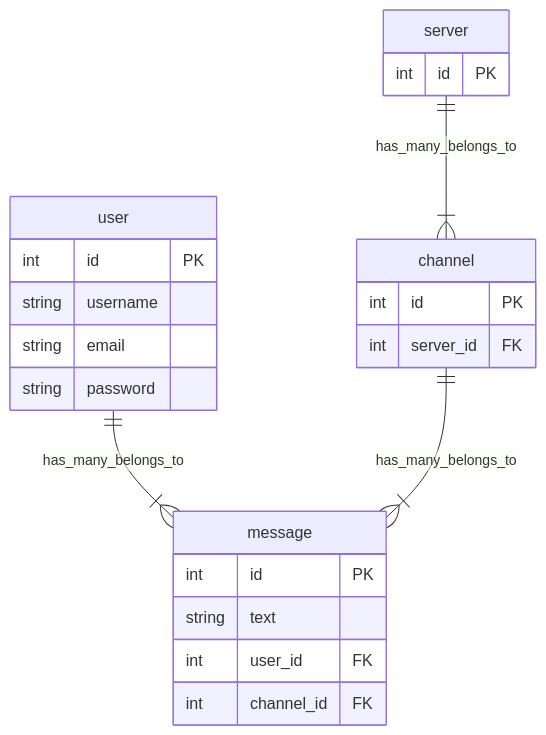
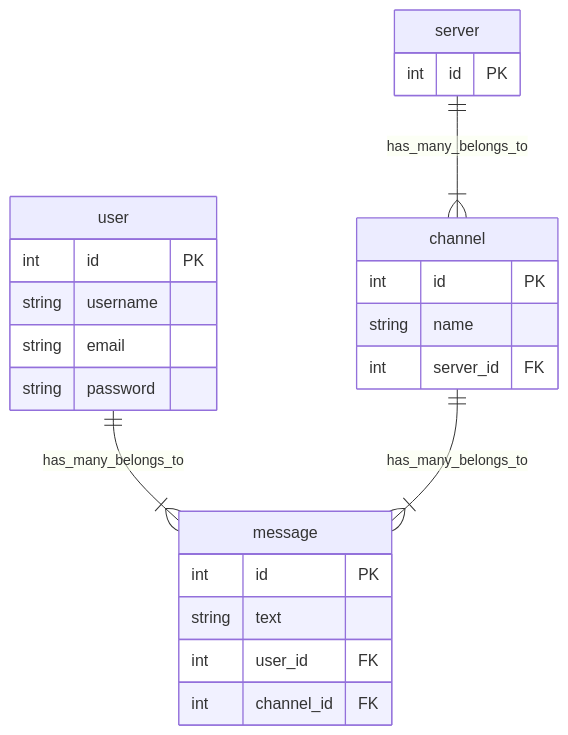
One commit to george11119/discord-clone changed the diagram in planning.md. Above: the diagram before and after it, drawn with Mermaid. The commit also changed 2 other files, not shown here.

Commit message:
Add Channel model

````diff
--- a/planning.md
+++ b/planning.md
@@ -29,28 +29,29 @@
 ```mermaid
 erDiagram
   user ||--|{ message: has_many_belongs_to
   user {
     int id PK
     string username
     string email
     string password
   }
 
   server ||--|{ channel: has_many_belongs_to
   server {
     int id PK
   }
 
   channel ||--|{ message: has_many_belongs_to
   channel {
     int id PK
+    string name
     int server_id FK
   }
 
   message {
     int id PK
     string text
     int user_id FK
     int channel_id FK
   }
 ```
````
